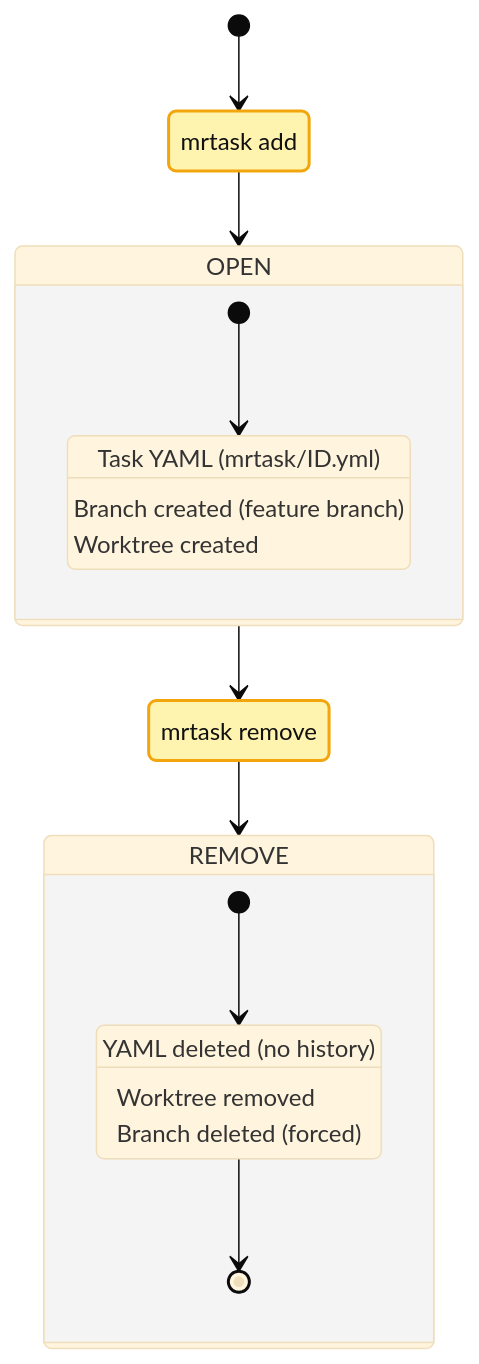
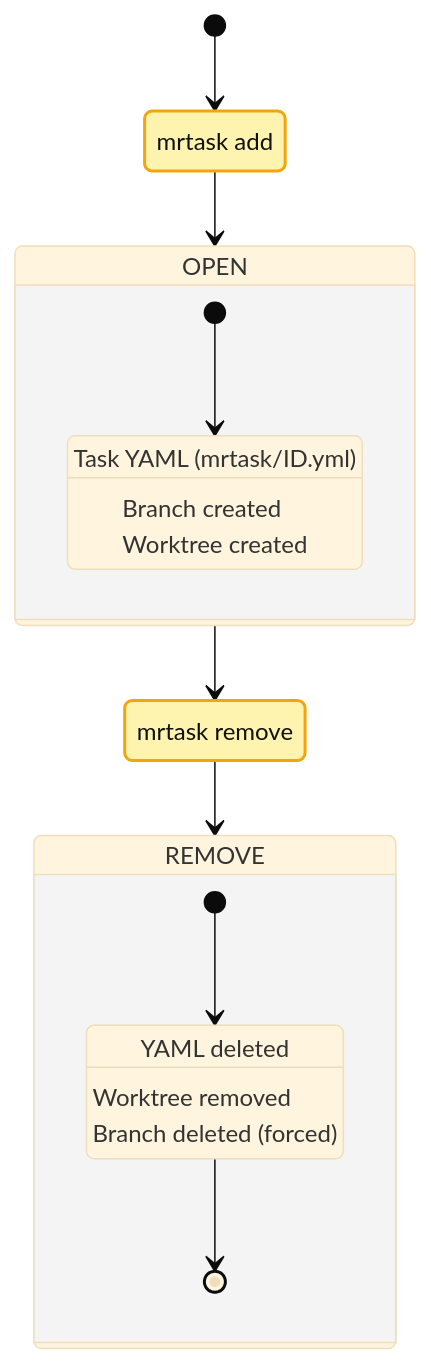
The fifth of 5 diagrams in README.md (kubohiroya/mrtask), drawn with Mermaid (base theme) before and after one commit. The commit also changed other lines of this file and 30 other files, not shown here.

````diff
--- a/README.md
+++ b/README.md
@@ -431,27 +416,27 @@
 ```mermaid
 stateDiagram-v2
     classDef cmd fill:#FFF3B0,stroke:#F2A50C,stroke-width:2px,color:#111
 
     [*] --> CMD_ADD
     CMD_ADD: mrtask add
     class CMD_ADD cmd
     CMD_ADD --> OPEN
     state OPEN {
       [*] --> TaskOpen
       TaskOpen: Task YAML (mrtask/ID.yml)
-      TaskOpen: Branch created (feature branch)
+      TaskOpen: Branch created
       TaskOpen: Worktree created
     }
 
     OPEN --> CMD_REMOVE
     CMD_REMOVE: mrtask remove
     class CMD_REMOVE cmd
     CMD_REMOVE --> REMOVE
     state REMOVE {
       [*] --> Cleanup
-      Cleanup: YAML deleted (no history)
+      Cleanup: YAML deleted
       Cleanup: Worktree removed
       Cleanup: Branch deleted (forced)
       Cleanup --> [*]
     }
 ```
````
